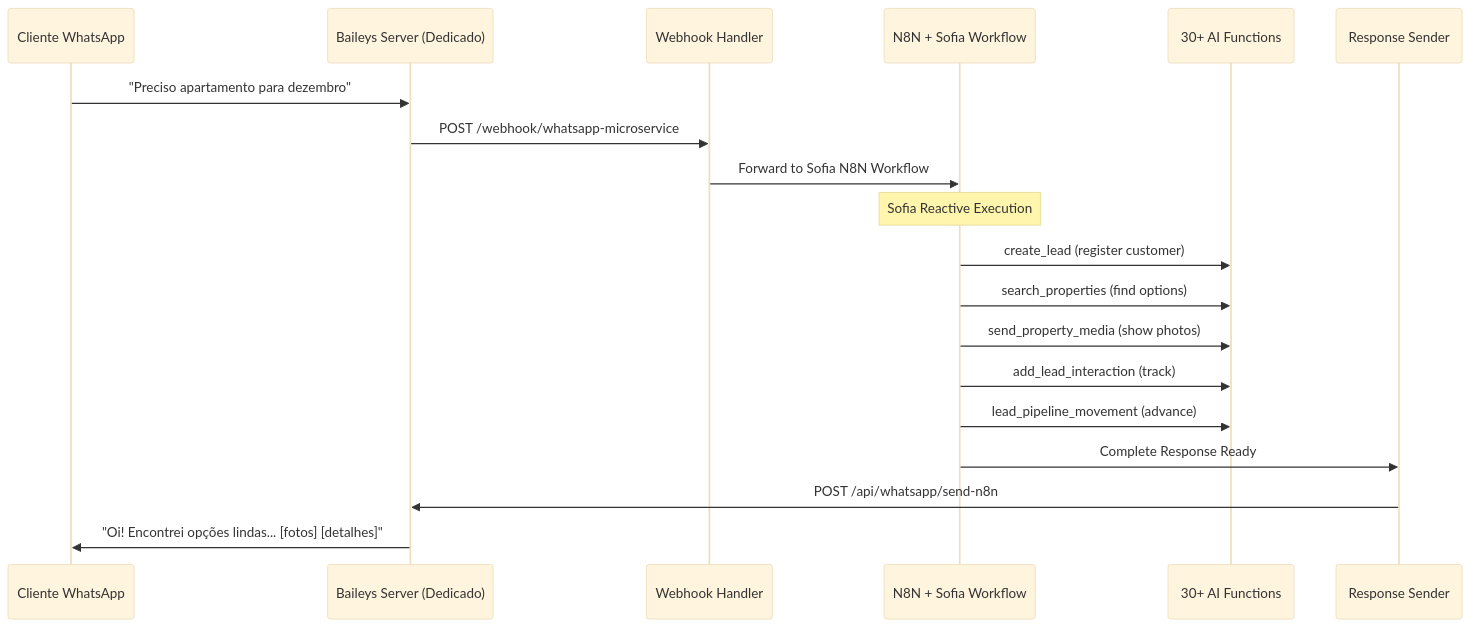
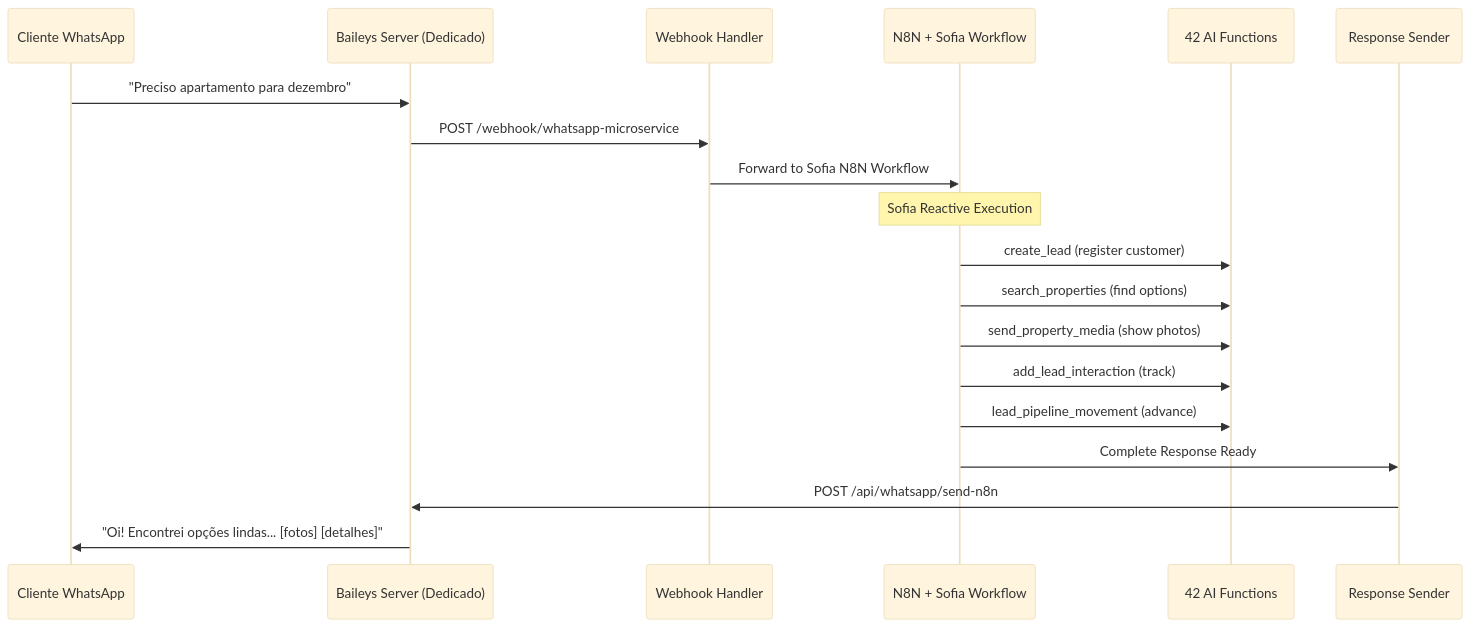
Before and after one commit to IgorGewehr/locai: the diagram in README.md, drawn with Mermaid (base theme). The commit also changed other lines of this file and 6 other files, not shown here.

````diff
--- a/README.md
+++ b/README.md
@@ -125,24 +126,24 @@
 ```mermaid
 sequenceDiagram
     participant C as Cliente WhatsApp
     participant B as Baileys Server (Dedicado)
     participant W as Webhook Handler
     participant N as N8N + Sofia Workflow
-    participant F as 30+ AI Functions
+    participant F as 42 AI Functions
     participant R as Response Sender
 
     C->>B: "Preciso apartamento para dezembro"
     B->>W: POST /webhook/whatsapp-microservice
     W->>N: Forward to Sofia N8N Workflow
 
     Note over N: Sofia Reactive Execution
     N->>F: create_lead (register customer)
     N->>F: search_properties (find options)
     N->>F: send_property_media (show photos)
     N->>F: add_lead_interaction (track)
     N->>F: lead_pipeline_movement (advance)
 
     N->>R: Complete Response Ready
     R->>B: POST /api/whatsapp/send-n8n
     B->>C: "Oi! Encontrei opções lindas... [fotos] [detalhes]"
 ```
````
